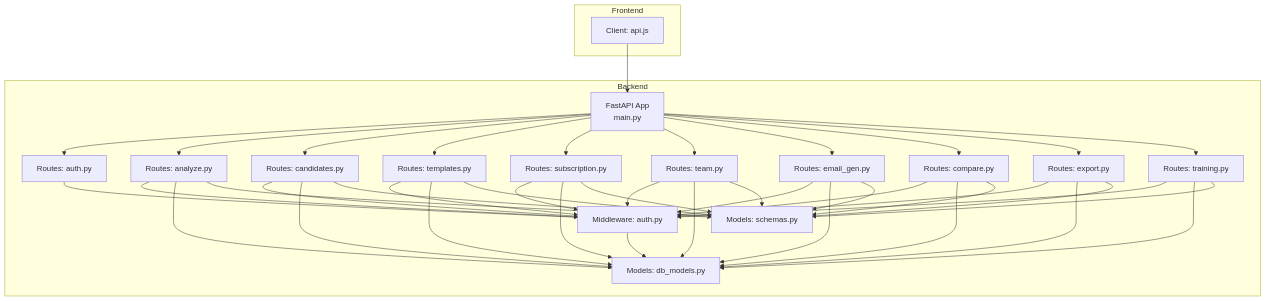
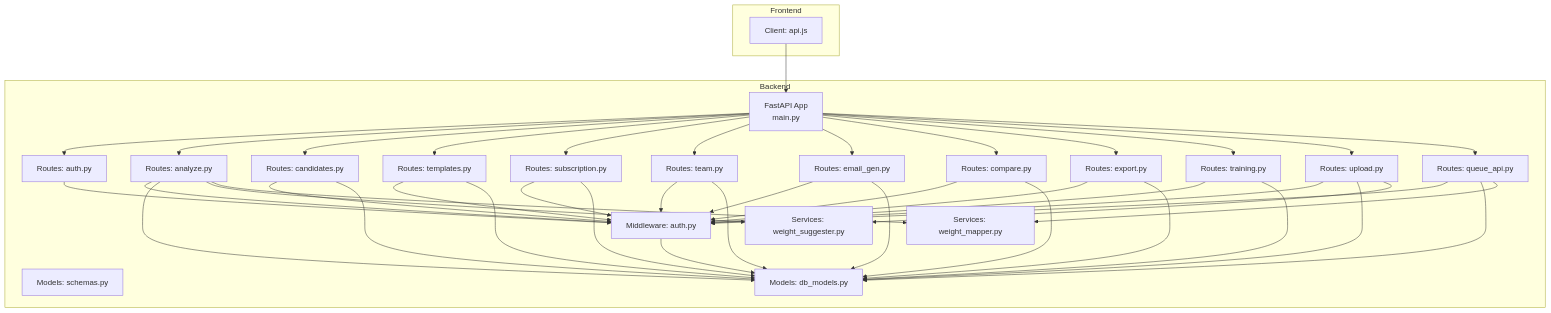
The first of 4 diagrams in .qoder/repowiki/en/content/API Reference/API Reference.md (Revanththetalogics/aireume), drawn with Mermaid before and after one commit. The commit also changed other lines of this file and 20 other files, not shown here.

````diff
--- a/.qoder/repowiki/en/content/API Reference/API Reference.md
+++ b/.qoder/repowiki/en/content/API Reference/API Reference.md
@@ -48,62 +63,67 @@
 ```mermaid
 graph TB
 subgraph "Backend"
 M["FastAPI App<br/>main.py"]
 R_AUTH["Routes: auth.py"]
 R_ANALYZE["Routes: analyze.py"]
 R_CAND["Routes: candidates.py"]
 R_TMPL["Routes: templates.py"]
 R_SUB["Routes: subscription.py"]
 R_TEAM["Routes: team.py"]
 R_EMAIL["Routes: email_gen.py"]
 R_COMPARE["Routes: compare.py"]
 R_EXPORT["Routes: export.py"]
 R_TRAIN["Routes: training.py"]
+R_UPLOAD["Routes: upload.py"]
+R_QUEUE["Routes: queue_api.py"]
 MW["Middleware: auth.py"]
 SC["Models: schemas.py"]
 DBM["Models: db_models.py"]
+WS["Services: weight_suggester.py"]
+WM["Services: weight_mapper.py"]
 end
 subgraph "Frontend"
 FE["Client: api.js"]
 end
 M --> R_AUTH
 M --> R_ANALYZE
 M --> R_CAND
 M --> R_TMPL
 M --> R_SUB
 M --> R_TEAM
 M --> R_EMAIL
 M --> R_COMPARE
 M --> R_EXPORT
 M --> R_TRAIN
+M --> R_UPLOAD
+M --> R_QUEUE
 R_AUTH --> MW
 R_ANALYZE --> MW
 R_CAND --> MW
 R_TMPL --> MW
 R_SUB --> MW
 R_TEAM --> MW
 R_EMAIL --> MW
 R_COMPARE --> MW
 R_EXPORT --> MW
 R_TRAIN --> MW
+R_UPLOAD --> MW
+R_QUEUE --> MW
 FE --> M
 MW --> DBM
 R_ANALYZE --> DBM
 R_CAND --> DBM
 R_TMPL --> DBM
 R_SUB --> DBM
 R_TEAM --> DBM
 R_EMAIL --> DBM
 R_COMPARE --> DBM
 R_EXPORT --> DBM
 R_TRAIN --> DBM
-R_ANALYZE --> SC
-R_CAND --> SC
-R_TMPL --> SC
-R_SUB --> SC
-R_TEAM --> SC
-R_EMAIL --> SC
-R_COMPARE --> SC
-R_EXPORT --> SC
-R_TRAIN --> SC
+R_UPLOAD --> DBM
+R_QUEUE --> DBM
+R_ANALYZE --> WS
+R_ANALYZE --> WM
+R_UPLOAD --> WS
+R_QUEUE --> WM
 ```
````
